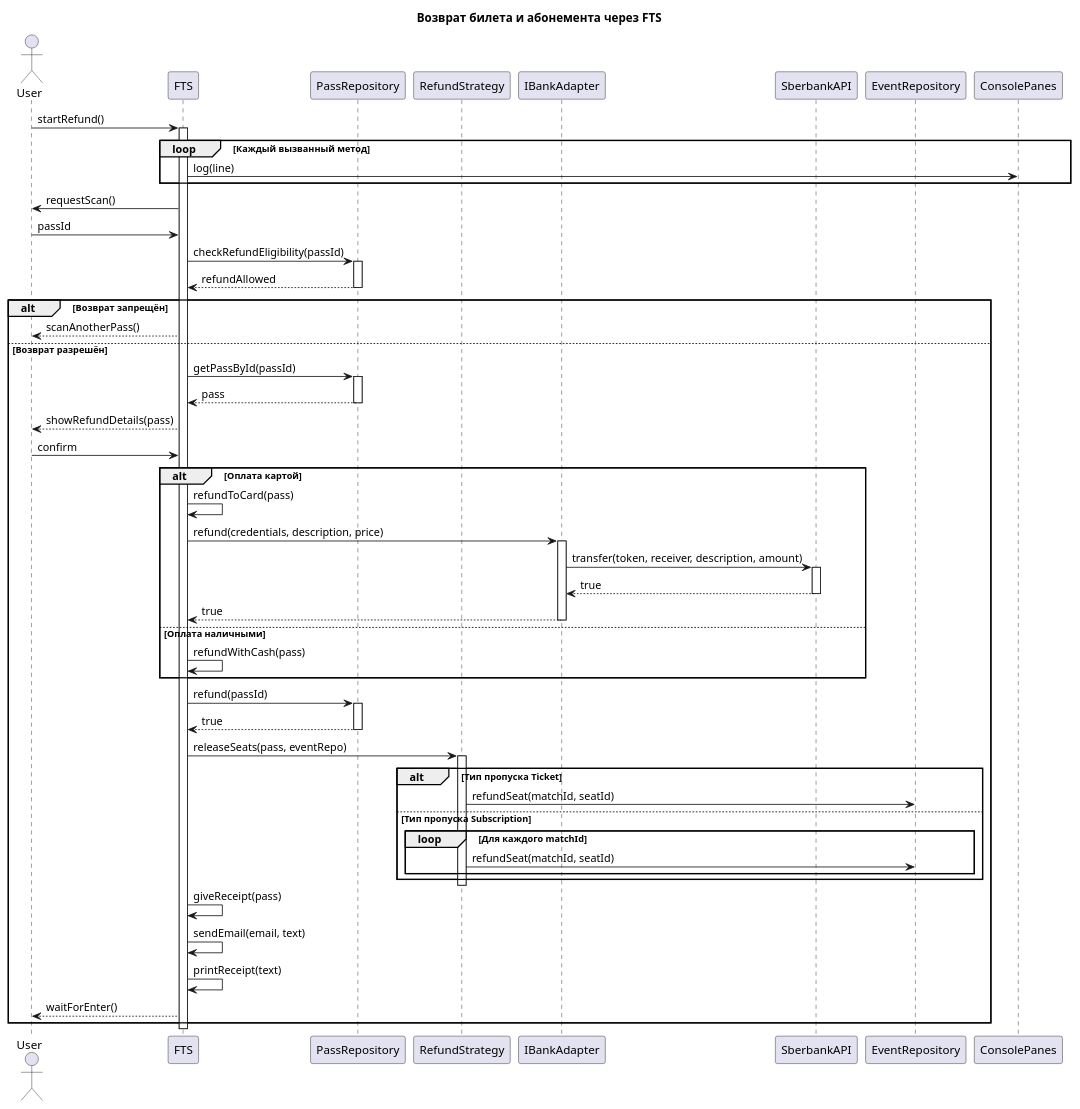
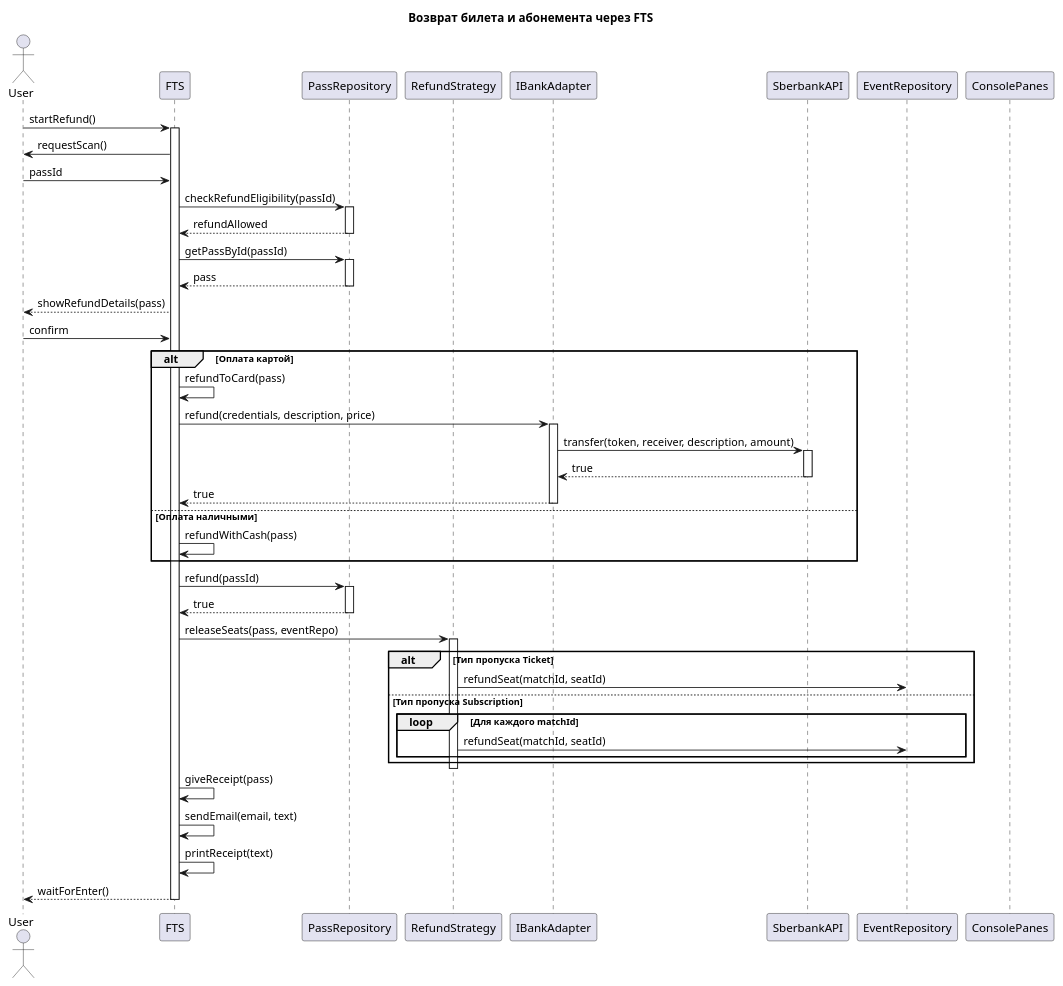
The diagram in Преценденты/Возврат билетов и абонементов/Диаграмма последовательности.md (penamarth/bsbo-11-24_team5_var10_football), drawn with PlantUML before and after one commit. The commit also changed 8 other files, not shown here.

````diff
--- a/Преценденты/Возврат билетов и абонементов/Диаграмма последовательности.md
+++ b/Преценденты/Возврат билетов и абонементов/Диаграмма последовательности.md
@@ -3,78 +3,70 @@
 ```plantuml
 @startuml
 title Возврат билета и абонемента через FTS
 
 actor "User" as User
 participant "FTS" as FTS
 participant "PassRepository" as PassRepository
 participant "RefundStrategy" as Strategy
 participant "IBankAdapter" as Bank
 participant "SberbankAPI" as Sber
 participant "EventRepository" as EventRepository
 participant "ConsolePanes" as Panes
 
 User -> FTS : startRefund()
 activate FTS
 
-loop Каждый вызванный метод
-    FTS -> Panes : log(line)
-end
-
 FTS -> User : requestScan()
 User -> FTS : passId
 
 FTS -> PassRepository : checkRefundEligibility(passId)
 activate PassRepository
 PassRepository --> FTS : refundAllowed
 deactivate PassRepository
 
-alt Возврат запрещён
-    FTS --> User : scanAnotherPass()
-else Возврат разрешён
     FTS -> PassRepository : getPassById(passId)
     activate PassRepository
     PassRepository --> FTS : pass
     deactivate PassRepository
 
     FTS --> User : showRefundDetails(pass)
     User -> FTS : confirm
 
     alt Оплата картой
         FTS -> FTS : refundToCard(pass)
         FTS -> Bank : refund(credentials, description, price)
         activate Bank
         Bank -> Sber : transfer(token, receiver, description, amount)
         activate Sber
         Sber --> Bank : true
         deactivate Sber
         Bank --> FTS : true
         deactivate Bank
     else Оплата наличными
         FTS -> FTS : refundWithCash(pass)
     end
 
     FTS -> PassRepository : refund(passId)
     activate PassRepository
     PassRepository --> FTS : true
     deactivate PassRepository
 
     FTS -> Strategy : releaseSeats(pass, eventRepo)
     activate Strategy
     alt Тип пропуска Ticket
         Strategy -> EventRepository : refundSeat(matchId, seatId)
     else Тип пропуска Subscription
         loop Для каждого matchId
             Strategy -> EventRepository : refundSeat(matchId, seatId)
         end
     end
     deactivate Strategy
 
     FTS -> FTS : giveReceipt(pass)
     FTS -> FTS : sendEmail(email, text)
     FTS -> FTS : printReceipt(text)
     FTS --> User : waitForEnter()
-end
 
 deactivate FTS
 @enduml
 ```
````
